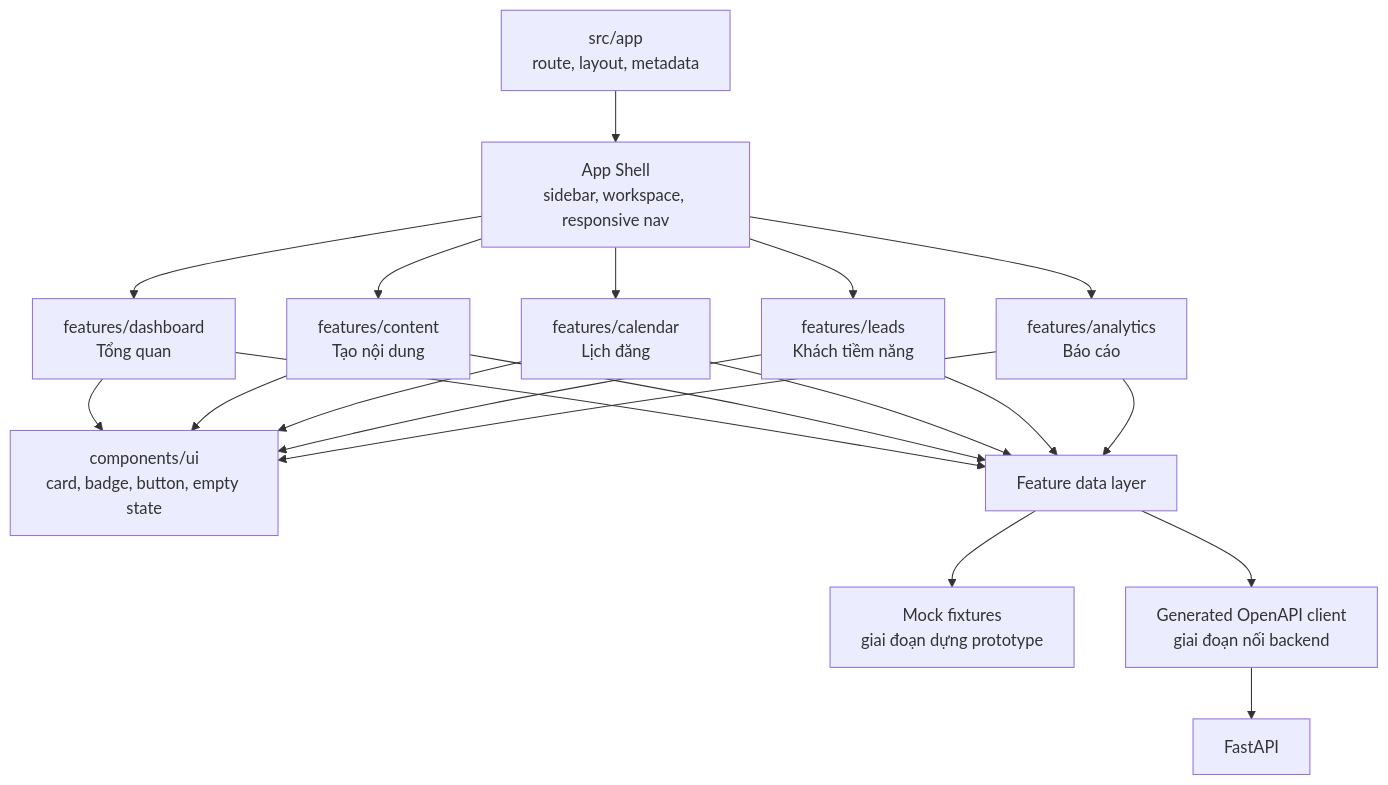
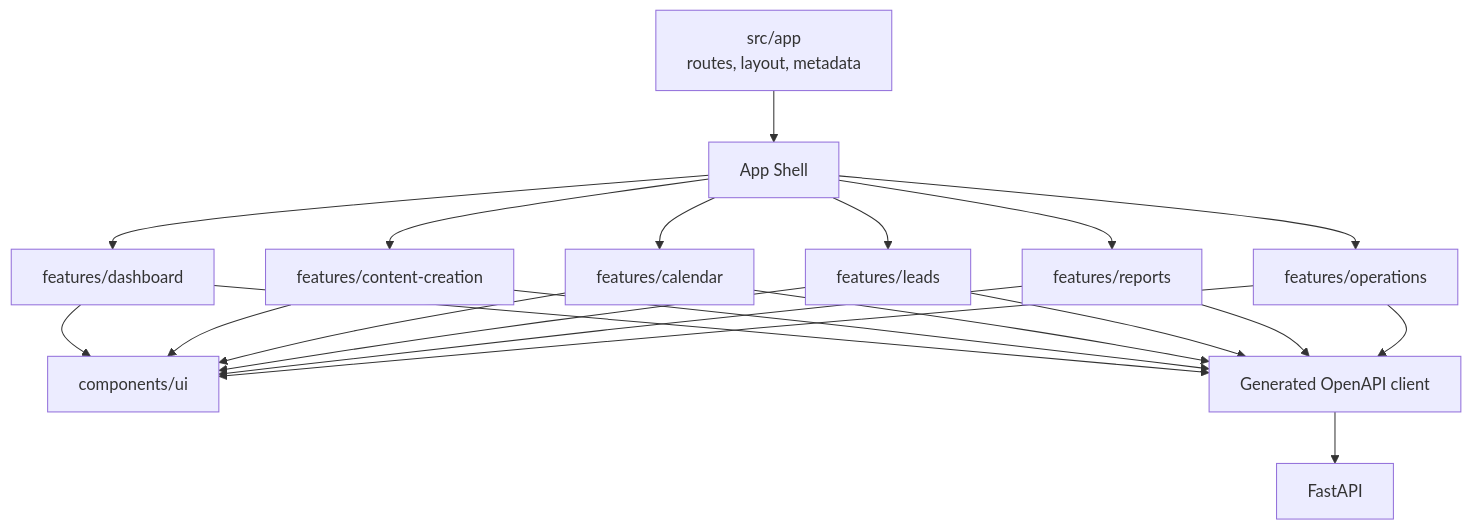
One commit to brianhuynh2021/havi changed the second of 4 diagrams in docs/architecture/SYSTEM_ARCHITECTURE.md. Above: the diagram before and after it, drawn with Mermaid. The commit also changed other lines of this file and 25 other files, not shown here.

Commit message:
feat: continue founder beta roadmap

````diff
--- a/docs/architecture/SYSTEM_ARCHITECTURE.md
+++ b/docs/architecture/SYSTEM_ARCHITECTURE.md
@@ -187,24 +170,25 @@
 ```mermaid
 flowchart TD
-    ROUTES["src/app<br/>route, layout, metadata"] --> SHELL["App Shell<br/>sidebar, workspace, responsive nav"]
-    SHELL --> DASHBOARD["features/dashboard<br/>Tổng quan"]
-    SHELL --> CONTENT_UI["features/content<br/>Tạo nội dung"]
-    SHELL --> CALENDAR_UI["features/calendar<br/>Lịch đăng"]
-    SHELL --> LEADS_UI["features/leads<br/>Khách tiềm năng"]
-    SHELL --> REPORT_UI["features/analytics<br/>Báo cáo"]
+    ROUTES["src/app<br/>routes, layout, metadata"] --> SHELL["App Shell"]
+    SHELL --> DASHBOARD["features/dashboard"]
+    SHELL --> CONTENT_UI["features/content-creation"]
+    SHELL --> CALENDAR_UI["features/calendar"]
+    SHELL --> LEADS_UI["features/leads"]
+    SHELL --> REPORT_UI["features/reports"]
+    SHELL --> OPS_UI["features/operations"]
 
-    DASHBOARD --> UI["components/ui<br/>card, badge, button, empty state"]
+    DASHBOARD --> UI["components/ui"]
     CONTENT_UI --> UI
     CALENDAR_UI --> UI
     LEADS_UI --> UI
     REPORT_UI --> UI
+    OPS_UI --> UI
 
-    DASHBOARD --> DATA["Feature data layer"]
-    CONTENT_UI --> DATA
-    CALENDAR_UI --> DATA
-    LEADS_UI --> DATA
-    REPORT_UI --> DATA
-    DATA --> MOCK["Mock fixtures<br/>giai đoạn dựng prototype"]
-    DATA --> CLIENT["Generated OpenAPI client<br/>giai đoạn nối backend"]
+    DASHBOARD --> CLIENT["Generated OpenAPI client"]
+    CONTENT_UI --> CLIENT
+    CALENDAR_UI --> CLIENT
+    LEADS_UI --> CLIENT
+    REPORT_UI --> CLIENT
+    OPS_UI --> CLIENT
     CLIENT --> API["FastAPI"]
 ```
````
